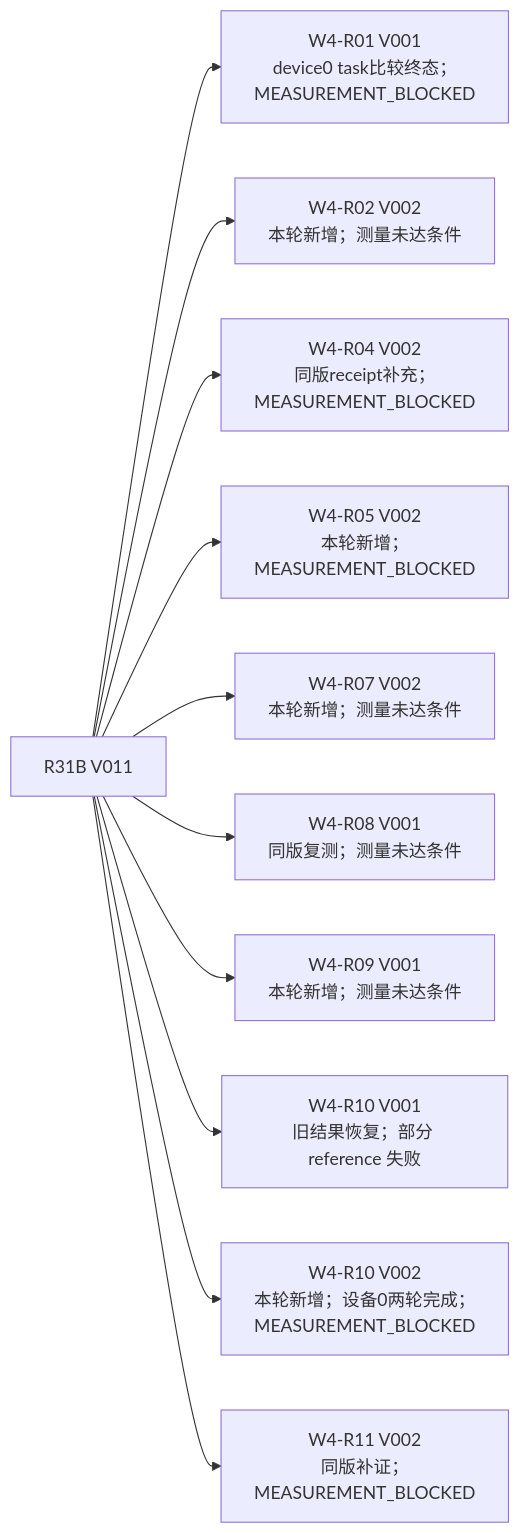
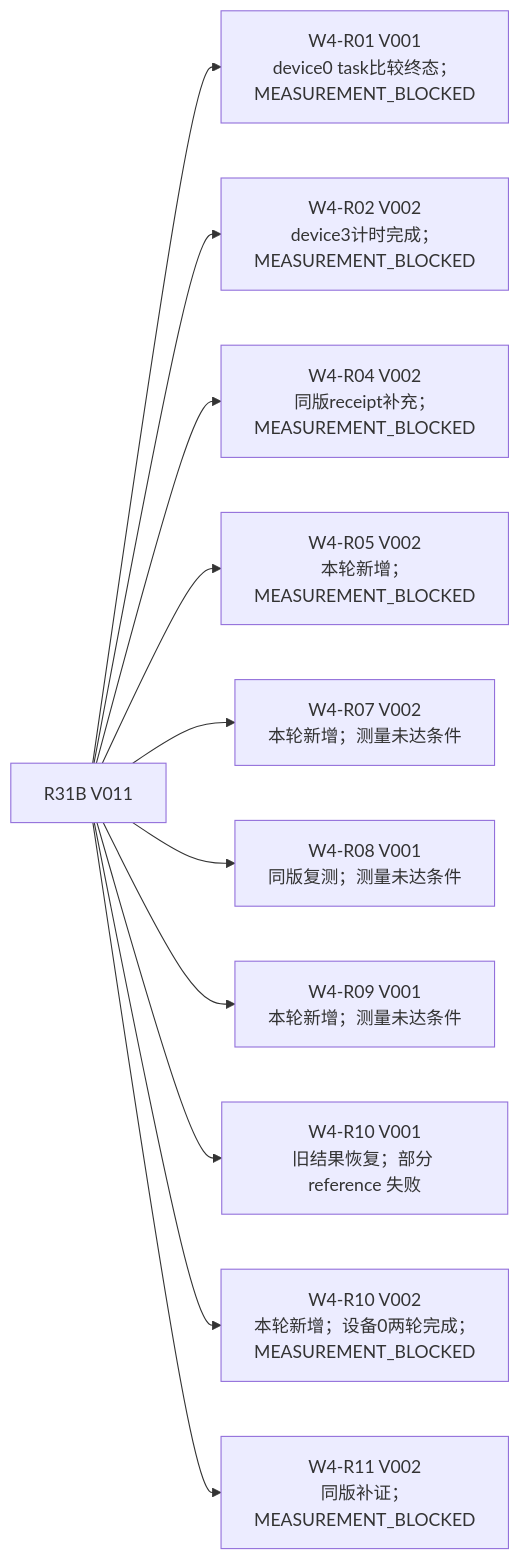
The first of 4 diagrams in 技术路线/技术路线图.md (sxyq/CANN), drawn with Mermaid before and after one commit. The commit also changed other lines of this file and 3 other files, not shown here.

````diff
--- a/技术路线/技术路线图.md
+++ b/技术路线/技术路线图.md
@@ -41,14 +41,14 @@
 ```mermaid
 flowchart LR
   p["R31B V011"]
   p --> r01["W4-R01 V001<br/>device0 task比较终态；MEASUREMENT_BLOCKED"]
-  p --> r02["W4-R02 V002<br/>本轮新增；测量未达条件"]
+  p --> r02["W4-R02 V002<br/>device3计时完成；MEASUREMENT_BLOCKED"]
   p --> r04["W4-R04 V002<br/>同版receipt补充；MEASUREMENT_BLOCKED"]
   p --> r05["W4-R05 V002<br/>本轮新增；MEASUREMENT_BLOCKED"]
   p --> r07["W4-R07 V002<br/>本轮新增；测量未达条件"]
   p --> r08["W4-R08 V001<br/>同版复测；测量未达条件"]
   p --> r09["W4-R09 V001<br/>本轮新增；测量未达条件"]
   p --> r10["W4-R10 V001<br/>旧结果恢复；部分 reference 失败"]
   p --> r10v2["W4-R10 V002<br/>本轮新增；设备0两轮完成；MEASUREMENT_BLOCKED"]
   p --> r11["W4-R11 V002<br/>同版补证；MEASUREMENT_BLOCKED"]
 ```
````
